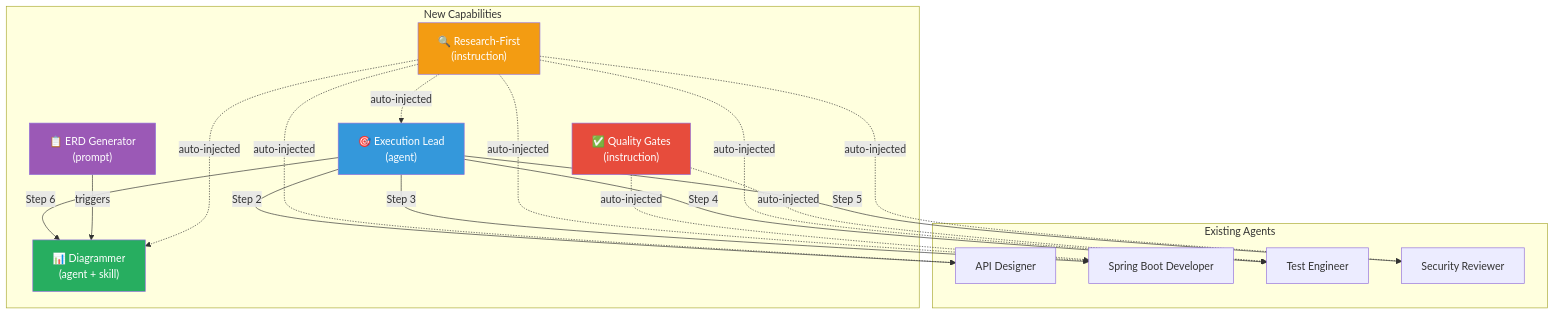
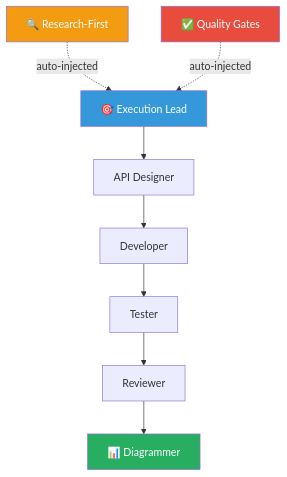
One commit to abossard/ghcp-agent-2024 changed the fifth of 5 diagrams in README.md. Above: the diagram before and after it, drawn with Mermaid. The commit also changed other lines of this file, not shown here.

Commit message:
feat: Simplify architecture diagrams and enhance agentic development flow

````diff
--- a/README.md
+++ b/README.md
@@ -507,33 +408,15 @@
 ```mermaid
 graph TB
-    subgraph "New Capabilities"
-        RF["🔍 Research-First<br/>(instruction)"]
-        QG["✅ Quality Gates<br/>(instruction)"]
-        EL["🎯 Execution Lead<br/>(agent)"]
-        DIAG["📊 Diagrammer<br/>(agent + skill)"]
-        ERD["📋 ERD Generator<br/>(prompt)"]
-    end
+    RF["🔍 Research-First"] & QG["✅ Quality Gates"]
+    EL["🎯 Execution Lead"]
 
-    subgraph "Existing Agents"
-        API["API Designer"]
-        DEV["Spring Boot Developer"]
-        TEST["Test Engineer"]
-        SEC["Security Reviewer"]
-    end
-
-    EL -->|"Step 2"| API
-    EL -->|"Step 3"| DEV
-    EL -->|"Step 4"| TEST
-    EL -->|"Step 5"| SEC
-    EL -->|"Step 6"| DIAG
-    ERD -->|"triggers"| DIAG
-
-    RF -.->|"auto-injected"| EL & API & DEV & TEST & SEC & DIAG
-    QG -.->|"auto-injected"| DEV & TEST
+    RF & QG -.->|auto-injected| EL
+    EL --> API["API Designer"] --> DEV["Developer"]
+    DEV --> TEST["Tester"] --> SEC["Reviewer"]
+    SEC --> DIAG["📊 Diagrammer"]
 
     style EL fill:#3498db,color:#fff
     style DIAG fill:#27ae60,color:#fff
     style RF fill:#f39c12,color:#fff
     style QG fill:#e74c3c,color:#fff
-    style ERD fill:#9b59b6,color:#fff
 ```
````
